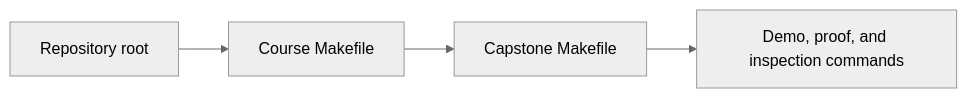
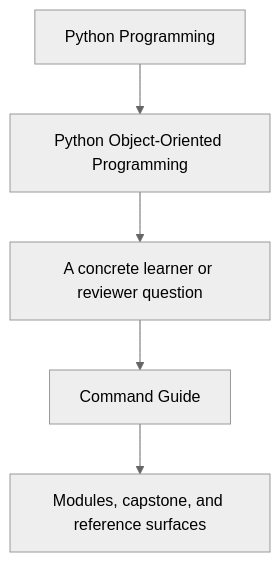
The first of 2 diagrams in programs/python-programming/python-object-oriented-programming/course-book/guides/command-guide.md (bijux/bijux-masterclass), drawn with Mermaid (neutral theme) before and after one commit. The commit also changed other lines of this file and 23 other files, not shown here.

Commit message:
docs(python-object-oriented-programming): sharpen guide and reference diagrams

````diff
--- a/programs/python-programming/python-object-oriented-programming/course-book/guides/command-guide.md
+++ b/programs/python-programming/python-object-oriented-programming/course-book/guides/command-guide.md
@@ -7,6 +7,7 @@
 ```mermaid
-graph LR
-  root["Repository root"] --> course["Course Makefile"]
-  course --> capstone["Capstone Makefile"]
-  capstone --> inspect["Demo, proof, and inspection commands"]
+flowchart TD
+  family["Python Programming"] --> program["Python Object-Oriented Programming"]
+  program --> pressure["A concrete learner or reviewer question"]
+  pressure --> guide["Command Guide"]
+  guide --> next["Modules, capstone, and reference surfaces"]
 ```
````
